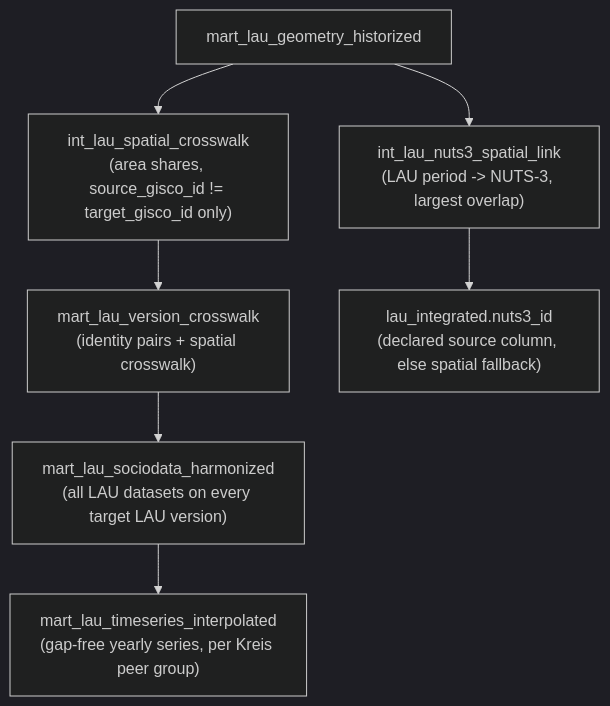
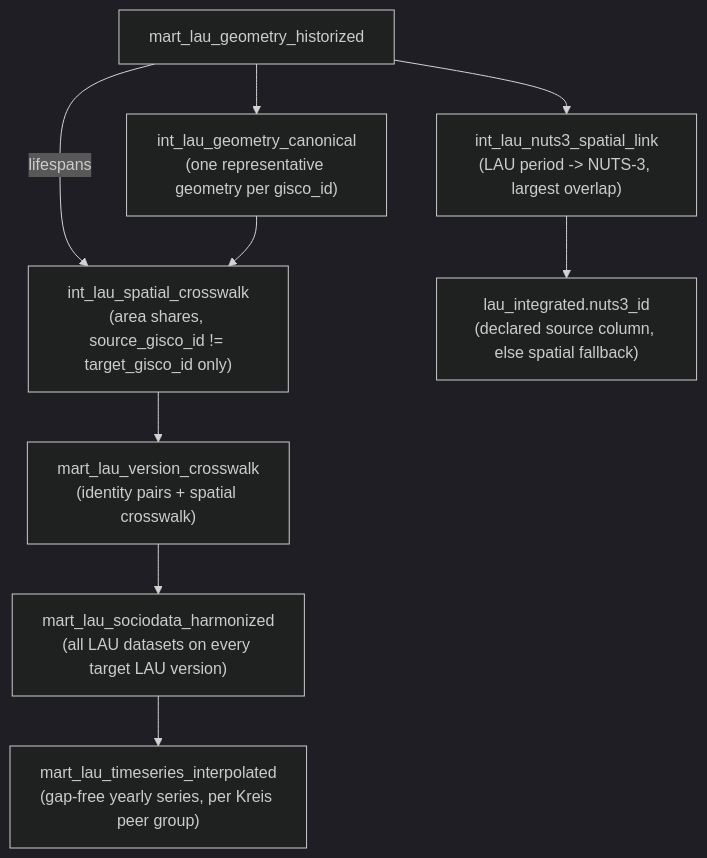
Before and after one commit to BjoernFuertges/Socioeconomic-Data: the second of 2 diagrams in docs/pipeline/dbt.md, drawn with Mermaid (dark theme). The commit also changed other lines of this file and 102 other files, not shown here.

````diff
--- a/docs/pipeline/dbt.md
+++ b/docs/pipeline/dbt.md
@@ -201,9 +230,13 @@
 ```mermaid
 flowchart TB
-    lau_geo_hist["mart_lau_geometry_historized"] --> lau_spatial["int_lau_spatial_crosswalk\n(area shares, source_gisco_id != target_gisco_id only)"]
+    lau_geo_hist["mart_lau_geometry_historized"]
+    lau_spatial["int_lau_spatial_crosswalk\n(area shares, source_gisco_id != target_gisco_id only)"]
+    lau_geo_hist --> lau_canon["int_lau_geometry_canonical\n(one representative geometry per gisco_id)"]
+    lau_geo_hist -->|"lifespans"| lau_spatial
+    lau_canon --> lau_spatial
     lau_geo_hist --> lau_link["int_lau_nuts3_spatial_link\n(LAU period -> NUTS-3, largest overlap)"]
     lau_spatial --> lau_xwalk["mart_lau_version_crosswalk\n(identity pairs + spatial crosswalk)"]
     lau_xwalk --> lau_harmonized["mart_lau_sociodata_harmonized\n(all LAU datasets on every target LAU version)"]
     lau_harmonized --> lau_interpolated["mart_lau_timeseries_interpolated\n(gap-free yearly series, per Kreis peer group)"]
     lau_link --> lau_integrated["lau_integrated.nuts3_id\n(declared source column, else spatial fallback)"]
 ```
````
